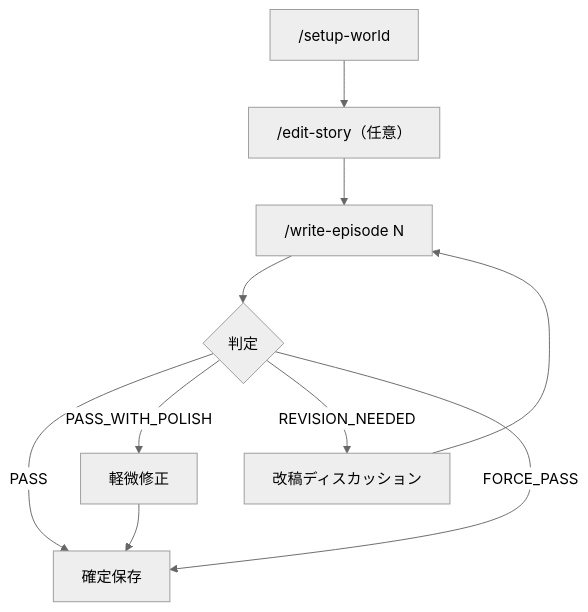
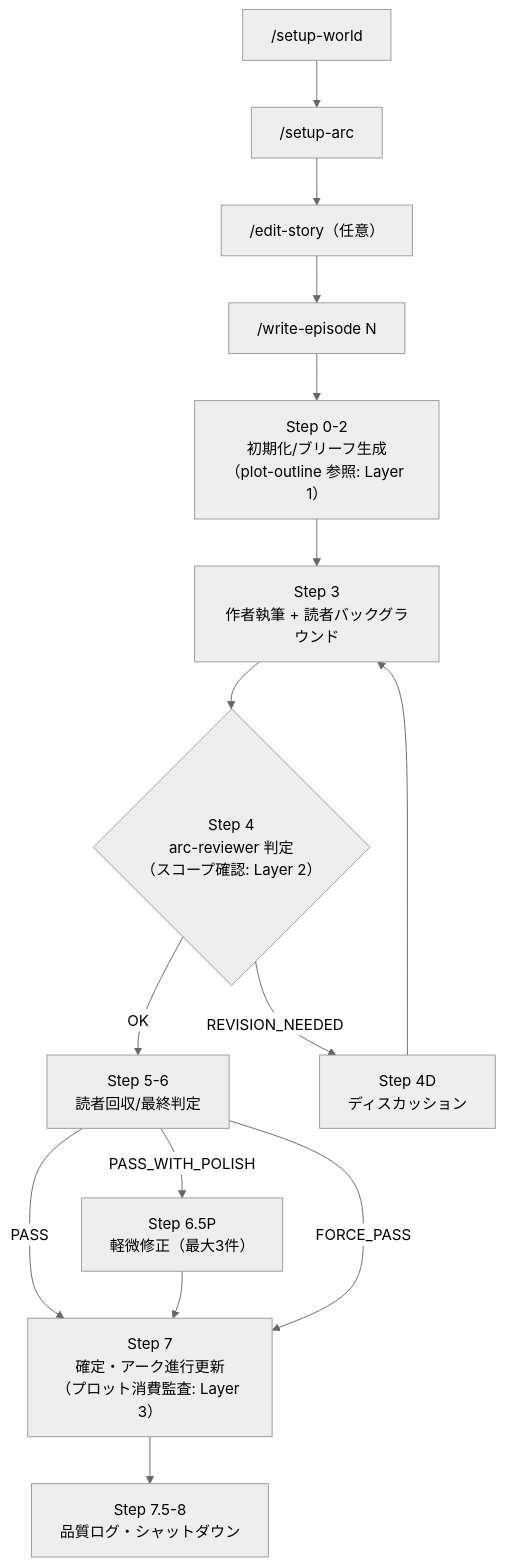
Before and after one commit to finelagusaz/Agentic_Writing: the first of 4 diagrams in docs/workflows.md, drawn with Mermaid (neutral theme). The commit also changed other lines of this file and 3 other files, not shown here.

````diff
--- a/docs/workflows.md
+++ b/docs/workflows.md
@@ -5,12 +5,17 @@
 ```mermaid
 flowchart TD
-    S["/setup-world"] --> E["/edit-story（任意）"]
+    S["/setup-world"] --> SA["/setup-arc"]
+    SA --> E["/edit-story（任意）"]
     E --> W["/write-episode N"]
-    W --> J{"判定"}
-    J -->|PASS| F["確定保存"]
-    J -->|PASS_WITH_POLISH| P["軽微修正"]
-    P --> F
-    J -->|REVISION_NEEDED| R["改稿ディスカッション"]
-    R --> W
-    J -->|FORCE_PASS| F
+    W --> D["Step 0-2<br/>初期化/ブリーフ生成<br/>（plot-outline 参照: Layer 1）"]
+    D --> X["Step 3<br/>作者執筆 + 読者バックグラウンド"]
+    X --> AR{"Step 4<br/>arc-reviewer 判定<br/>（スコープ確認: Layer 2）"}
+    AR -->|OK| H["Step 5-6<br/>読者回収/最終判定"]
+    AR -->|REVISION_NEEDED| DD["Step 4D<br/>ディスカッション"]
+    DD --> X
+    H -->|PASS| FIN["Step 7<br/>確定・アーク進行更新<br/>（プロット消費監査: Layer 3）"]
+    H -->|PASS_WITH_POLISH| P["Step 6.5P<br/>軽微修正（最大3件）"]
+    P --> FIN
+    H -->|FORCE_PASS| FIN
+    FIN --> END["Step 7.5-8<br/>品質ログ・シャットダウン"]
 ```
````
